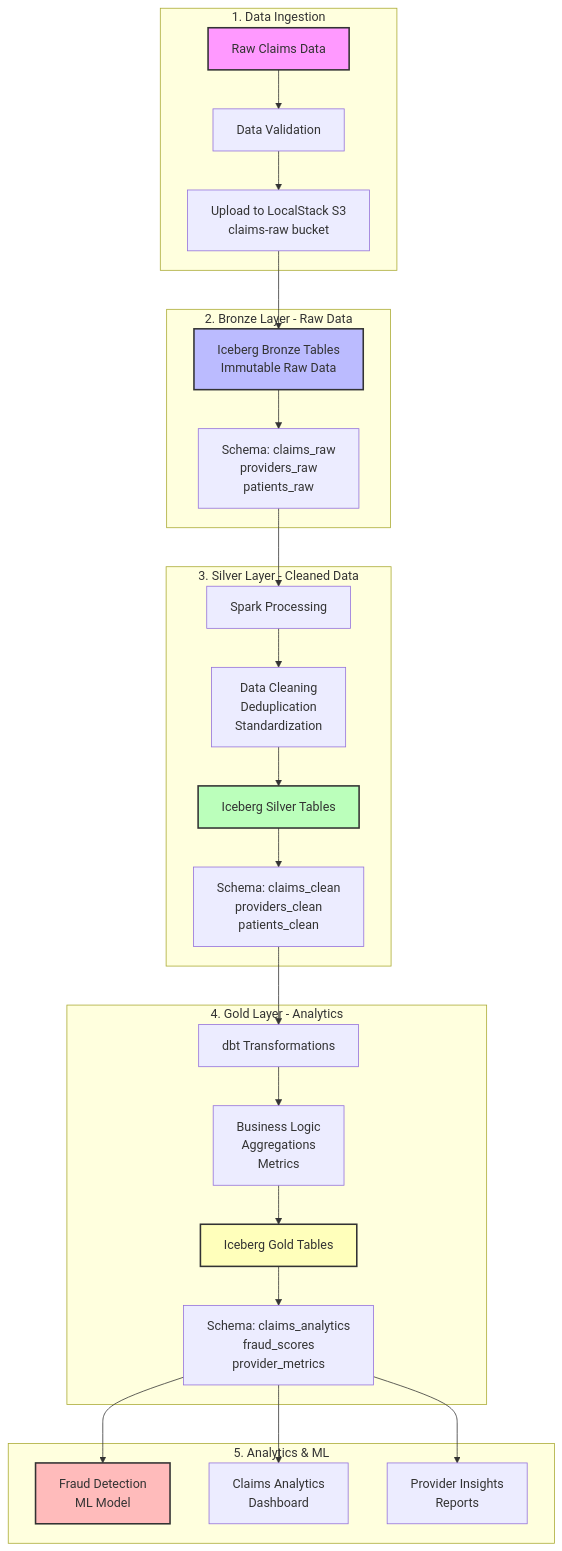
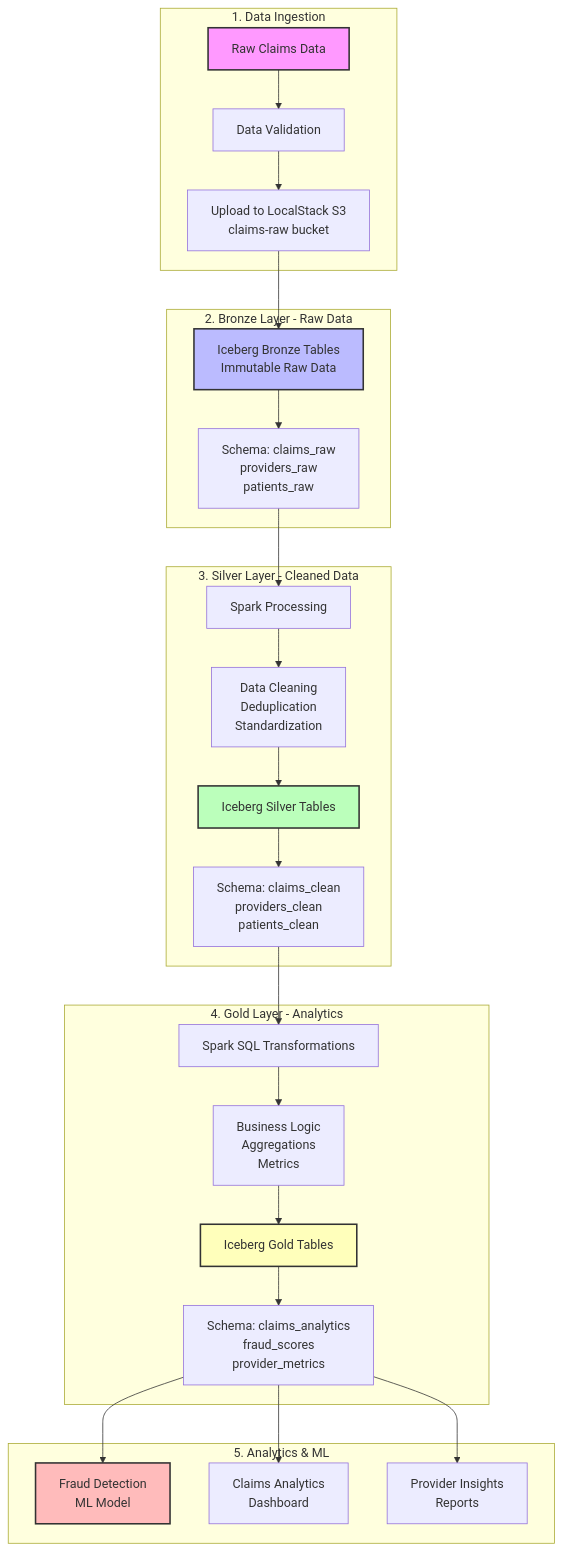
Before and after one commit to zmadni/medflow-analytics: the third of 12 diagrams in ARCHITECTURE.md, drawn with Mermaid. The commit also changed other lines of this file, not shown here.

````diff
--- a/ARCHITECTURE.md
+++ b/ARCHITECTURE.md
@@ -138,38 +138,38 @@
 ```mermaid
 flowchart TD
     subgraph "1. Data Ingestion"
         A1[Raw Claims Data] --> A2[Data Validation]
         A2 --> A3[Upload to LocalStack S3<br/>claims-raw bucket]
     end
 
     subgraph "2. Bronze Layer - Raw Data"
         A3 --> B1[Iceberg Bronze Tables<br/>Immutable Raw Data]
         B1 --> B2[Schema: claims_raw<br/>providers_raw<br/>patients_raw]
     end
 
     subgraph "3. Silver Layer - Cleaned Data"
         B2 --> C1[Spark Processing]
         C1 --> C2[Data Cleaning<br/>Deduplication<br/>Standardization]
         C2 --> C3[Iceberg Silver Tables]
         C3 --> C4[Schema: claims_clean<br/>providers_clean<br/>patients_clean]
     end
 
     subgraph "4. Gold Layer - Analytics"
-        C4 --> D1[dbt Transformations]
+        C4 --> D1[Spark SQL Transformations]
         D1 --> D2[Business Logic<br/>Aggregations<br/>Metrics]
         D2 --> D3[Iceberg Gold Tables]
         D3 --> D4[Schema: claims_analytics<br/>fraud_scores<br/>provider_metrics]
     end
 
     subgraph "5. Analytics & ML"
         D4 --> E1[Fraud Detection<br/>ML Model]
         D4 --> E2[Claims Analytics<br/>Dashboard]
         D4 --> E3[Provider Insights<br/>Reports]
     end
 
     style A1 fill:#f9f,stroke:#333,stroke-width:2px
     style B1 fill:#bbf,stroke:#333,stroke-width:2px
     style C3 fill:#bfb,stroke:#333,stroke-width:2px
     style D3 fill:#ffb,stroke:#333,stroke-width:2px
     style E1 fill:#fbb,stroke:#333,stroke-width:2px
 ```
````
